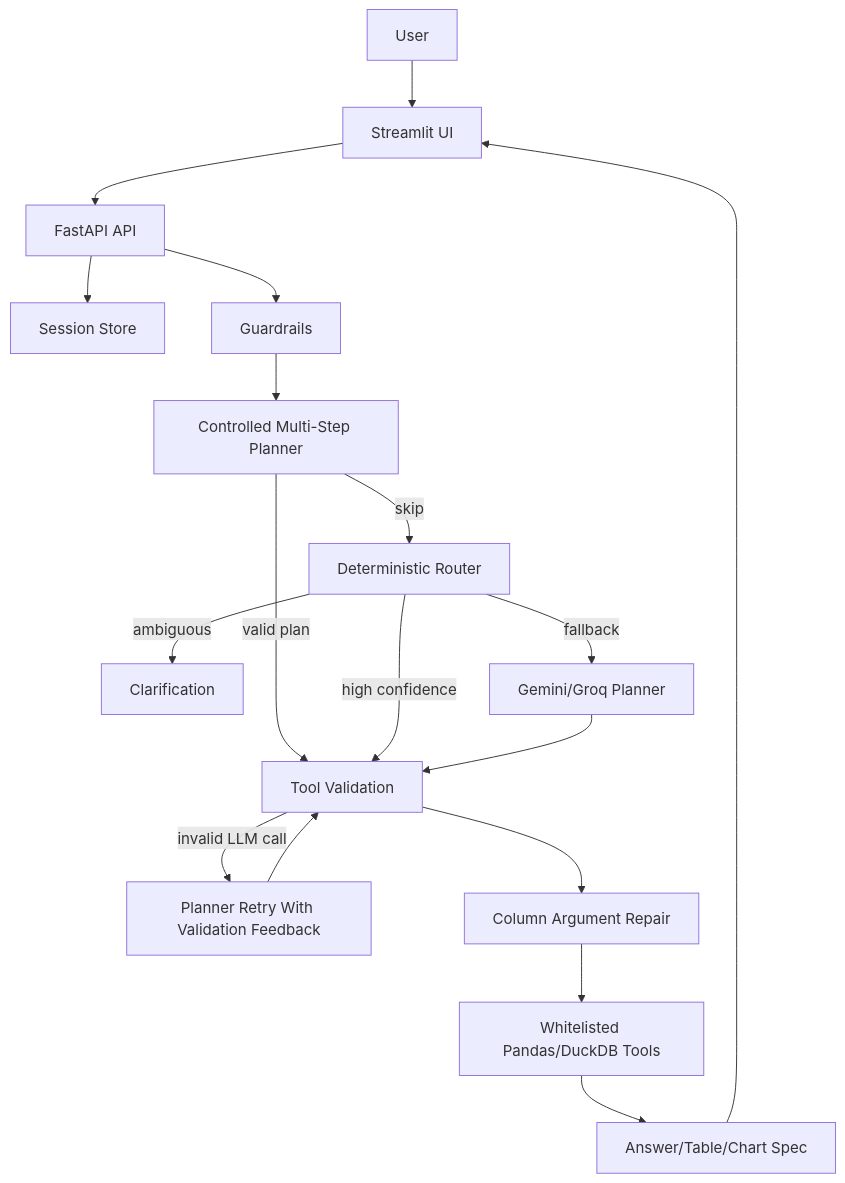
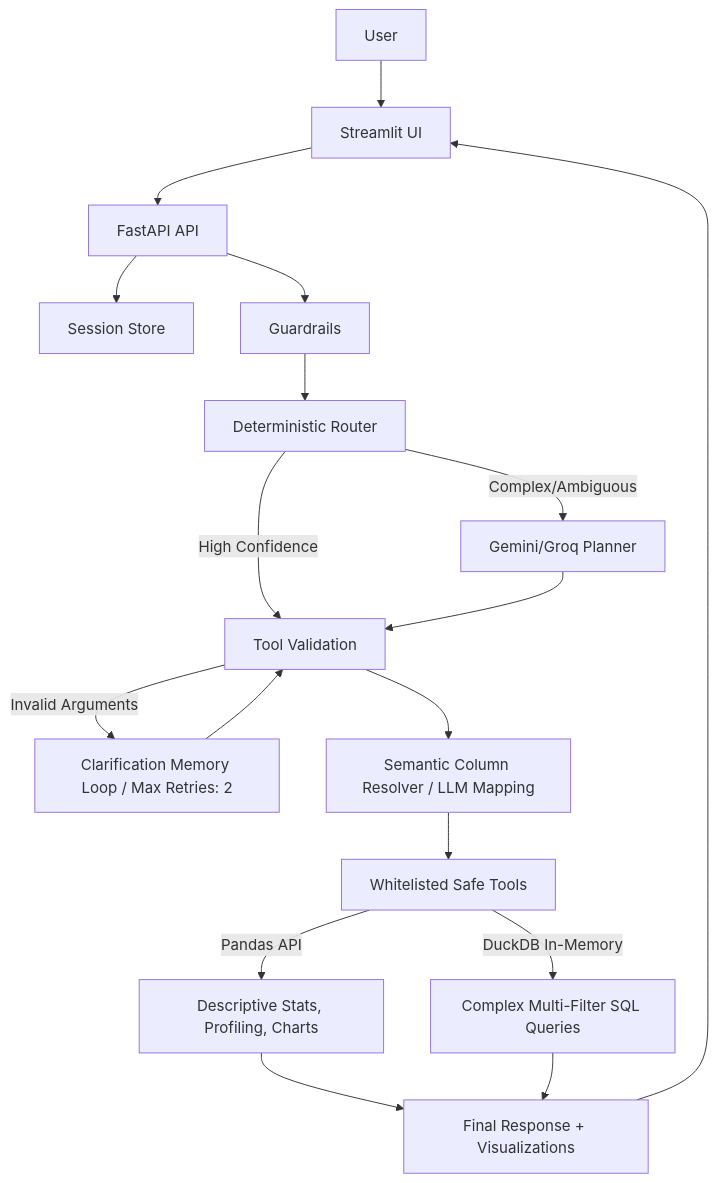
The diagram in README.md (AnhPhiNe/ai-data-analyst-agent), drawn with Mermaid before and after one commit. The commit also changed other lines of this file, not shown here.

````diff
--- a/README.md
+++ b/README.md
@@ -27,20 +33,25 @@
 ```mermaid
 flowchart TD
     U[User] --> FE[Streamlit UI]
     FE --> API[FastAPI API]
     API --> S[Session Store]
     API --> G[Guardrails]
-    G --> MS[Controlled Multi-Step Planner]
-    MS -->|valid plan| V[Tool Validation]
-    MS -->|skip| R[Deterministic Router]
-    R -->|high confidence| V
-    R -->|ambiguous| C[Clarification]
-    R -->|fallback| L[Gemini/Groq Planner]
+    
+    G --> R[Deterministic Router]
+    R -->|High Confidence| V[Tool Validation]
+    R -->|Complex/Ambiguous| L[Gemini/Groq Planner]
+    
     L --> V
-    V -->|invalid LLM call| PR[Planner Retry With Validation Feedback]
+    V -->|Invalid Arguments| PR[Clarification Memory Loop / Max Retries: 2]
     PR --> V
-    V --> CR[Column Argument Repair]
-    CR --> T[Whitelisted Pandas/DuckDB Tools]
-    T --> A[Answer/Table/Chart Spec]
+    
+    V --> CR[Semantic Column Resolver / LLM Mapping]
+    CR --> T[Whitelisted Safe Tools]
+    
+    T -->|Pandas API| PA[Descriptive Stats, Profiling, Charts]
+    T -->|DuckDB In-Memory| SQL[Complex Multi-Filter SQL Queries]
+    
+    PA --> A[Final Response + Visualizations]
+    SQL --> A
     A --> FE
 ```
````
